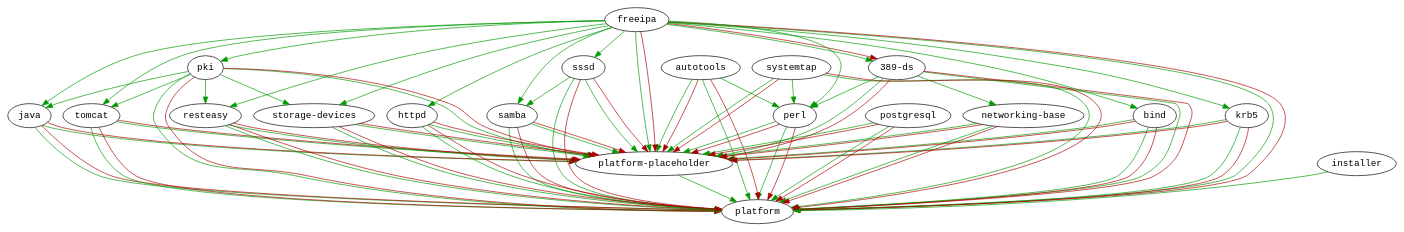
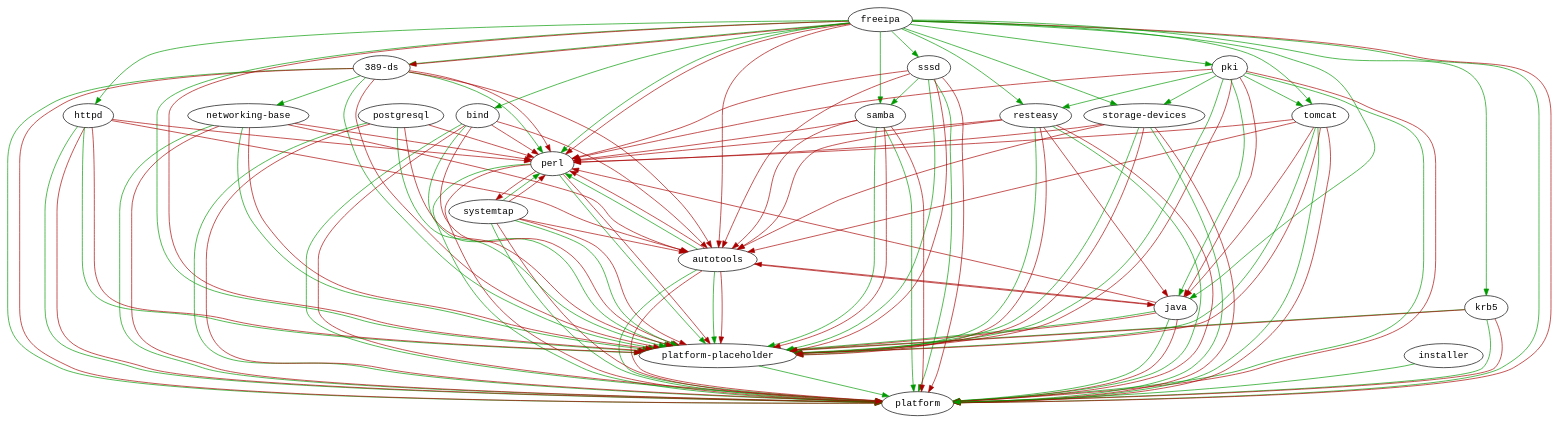
The diagram in img/module-deps.dot (fedora-modularity/dependency-report), drawn with Graphviz before and after one commit. The commit also changed 734 other files, not shown here.

```diff
--- a/img/module-deps.dot
+++ b/img/module-deps.dot
@@ -1,95 +1,127 @@
 digraph G {
   node [fontname=monospace];
   "389-ds" -> "platform" [color="#009900"];
   "389-ds" -> "platform-placeholder" [color="#009900"];
   "389-ds" -> "networking-base" [color="#009900"];
   "389-ds" -> "perl" [color="#009900"];
   "389-ds" -> "platform" [color="#aa0000"];
   "389-ds" -> "platform-placeholder" [color="#aa0000"];
+  "389-ds" -> "perl" [color="#aa0000"];
+  "389-ds" -> "autotools" [color="#aa0000"];
   "autotools" -> "platform" [color="#009900"];
   "autotools" -> "perl" [color="#009900"];
   "autotools" -> "platform-placeholder" [color="#009900"];
   "autotools" -> "platform" [color="#aa0000"];
   "autotools" -> "platform-placeholder" [color="#aa0000"];
+  "autotools" -> "java" [color="#aa0000"];
+  "autotools" -> "perl" [color="#aa0000"];
   "bind" -> "platform" [color="#009900"];
   "bind" -> "platform-placeholder" [color="#009900"];
   "bind" -> "platform" [color="#aa0000"];
   "bind" -> "platform-placeholder" [color="#aa0000"];
+  "bind" -> "autotools" [color="#aa0000"];
+  "bind" -> "perl" [color="#aa0000"];
   "freeipa" -> "platform" [color="#009900"];
   "freeipa" -> "platform-placeholder" [color="#009900"];
   "freeipa" -> "java" [color="#009900"];
   "freeipa" -> "perl" [color="#009900"];
   "freeipa" -> "389-ds" [color="#009900"];
   "freeipa" -> "bind" [color="#009900"];
   "freeipa" -> "krb5" [color="#009900"];
   "freeipa" -> "sssd" [color="#009900"];
   "freeipa" -> "samba" [color="#009900"];
   "freeipa" -> "pki" [color="#009900"];
   "freeipa" -> "tomcat" [color="#009900"];
   "freeipa" -> "resteasy" [color="#009900"];
   "freeipa" -> "httpd" [color="#009900"];
   "freeipa" -> "storage-devices" [color="#009900"];
   "freeipa" -> "platform" [color="#aa0000"];
   "freeipa" -> "platform-placeholder" [color="#aa0000"];
   "freeipa" -> "389-ds" [color="#aa0000"];
+  "freeipa" -> "autotools" [color="#aa0000"];
+  "freeipa" -> "perl" [color="#aa0000"];
   "httpd" -> "platform" [color="#009900"];
   "httpd" -> "platform-placeholder" [color="#009900"];
   "httpd" -> "platform" [color="#aa0000"];
   "httpd" -> "platform-placeholder" [color="#aa0000"];
+  "httpd" -> "autotools" [color="#aa0000"];
+  "httpd" -> "perl" [color="#aa0000"];
   "installer" -> "platform" [color="#009900"];
   "java" -> "platform" [color="#009900"];
   "java" -> "platform-placeholder" [color="#009900"];
   "java" -> "platform" [color="#aa0000"];
   "java" -> "platform-placeholder" [color="#aa0000"];
+  "java" -> "autotools" [color="#aa0000"];
+  "java" -> "perl" [color="#aa0000"];
   "krb5" -> "platform" [color="#009900"];
   "krb5" -> "platform-placeholder" [color="#009900"];
   "krb5" -> "platform" [color="#aa0000"];
   "krb5" -> "platform-placeholder" [color="#aa0000"];
   "networking-base" -> "platform" [color="#009900"];
   "networking-base" -> "platform-placeholder" [color="#009900"];
   "networking-base" -> "platform" [color="#aa0000"];
   "networking-base" -> "platform-placeholder" [color="#aa0000"];
+  "networking-base" -> "autotools" [color="#aa0000"];
+  "networking-base" -> "perl" [color="#aa0000"];
   "perl" -> "platform" [color="#009900"];
   "perl" -> "platform-placeholder" [color="#009900"];
   "perl" -> "platform" [color="#aa0000"];
   "perl" -> "platform-placeholder" [color="#aa0000"];
+  "perl" -> "systemtap" [color="#aa0000"];
   "pki" -> "platform" [color="#009900"];
   "pki" -> "platform-placeholder" [color="#009900"];
   "pki" -> "java" [color="#009900"];
   "pki" -> "tomcat" [color="#009900"];
   "pki" -> "resteasy" [color="#009900"];
   "pki" -> "storage-devices" [color="#009900"];
   "pki" -> "platform" [color="#aa0000"];
   "pki" -> "platform-placeholder" [color="#aa0000"];
+  "pki" -> "java" [color="#aa0000"];
+  "pki" -> "perl" [color="#aa0000"];
   "platform-placeholder" -> "platform" [color="#009900"];
   "postgresql" -> "platform" [color="#009900"];
   "postgresql" -> "platform-placeholder" [color="#009900"];
   "postgresql" -> "platform" [color="#aa0000"];
   "postgresql" -> "platform-placeholder" [color="#aa0000"];
+  "postgresql" -> "perl" [color="#aa0000"];
   "resteasy" -> "platform" [color="#009900"];
   "resteasy" -> "platform-placeholder" [color="#009900"];
   "resteasy" -> "platform" [color="#aa0000"];
   "resteasy" -> "platform-placeholder" [color="#aa0000"];
+  "resteasy" -> "autotools" [color="#aa0000"];
+  "resteasy" -> "perl" [color="#aa0000"];
+  "resteasy" -> "java" [color="#aa0000"];
   "samba" -> "platform" [color="#009900"];
   "samba" -> "platform-placeholder" [color="#009900"];
   "samba" -> "platform" [color="#aa0000"];
   "samba" -> "platform-placeholder" [color="#aa0000"];
+  "samba" -> "autotools" [color="#aa0000"];
+  "samba" -> "perl" [color="#aa0000"];
   "sssd" -> "platform" [color="#009900"];
   "sssd" -> "platform-placeholder" [color="#009900"];
   "sssd" -> "samba" [color="#009900"];
   "sssd" -> "platform" [color="#aa0000"];
   "sssd" -> "platform-placeholder" [color="#aa0000"];
+  "sssd" -> "autotools" [color="#aa0000"];
+  "sssd" -> "perl" [color="#aa0000"];
   "storage-devices" -> "platform" [color="#009900"];
   "storage-devices" -> "platform-placeholder" [color="#009900"];
   "storage-devices" -> "platform" [color="#aa0000"];
   "storage-devices" -> "platform-placeholder" [color="#aa0000"];
+  "storage-devices" -> "autotools" [color="#aa0000"];
+  "storage-devices" -> "perl" [color="#aa0000"];
   "systemtap" -> "platform" [color="#009900"];
   "systemtap" -> "perl" [color="#009900"];
   "systemtap" -> "platform-placeholder" [color="#009900"];
   "systemtap" -> "platform" [color="#aa0000"];
   "systemtap" -> "platform-placeholder" [color="#aa0000"];
+  "systemtap" -> "autotools" [color="#aa0000"];
+  "systemtap" -> "perl" [color="#aa0000"];
   "tomcat" -> "platform" [color="#009900"];
   "tomcat" -> "platform-placeholder" [color="#009900"];
   "tomcat" -> "platform" [color="#aa0000"];
   "tomcat" -> "platform-placeholder" [color="#aa0000"];
+  "tomcat" -> "autotools" [color="#aa0000"];
+  "tomcat" -> "perl" [color="#aa0000"];
+  "tomcat" -> "java" [color="#aa0000"];
 }
```
